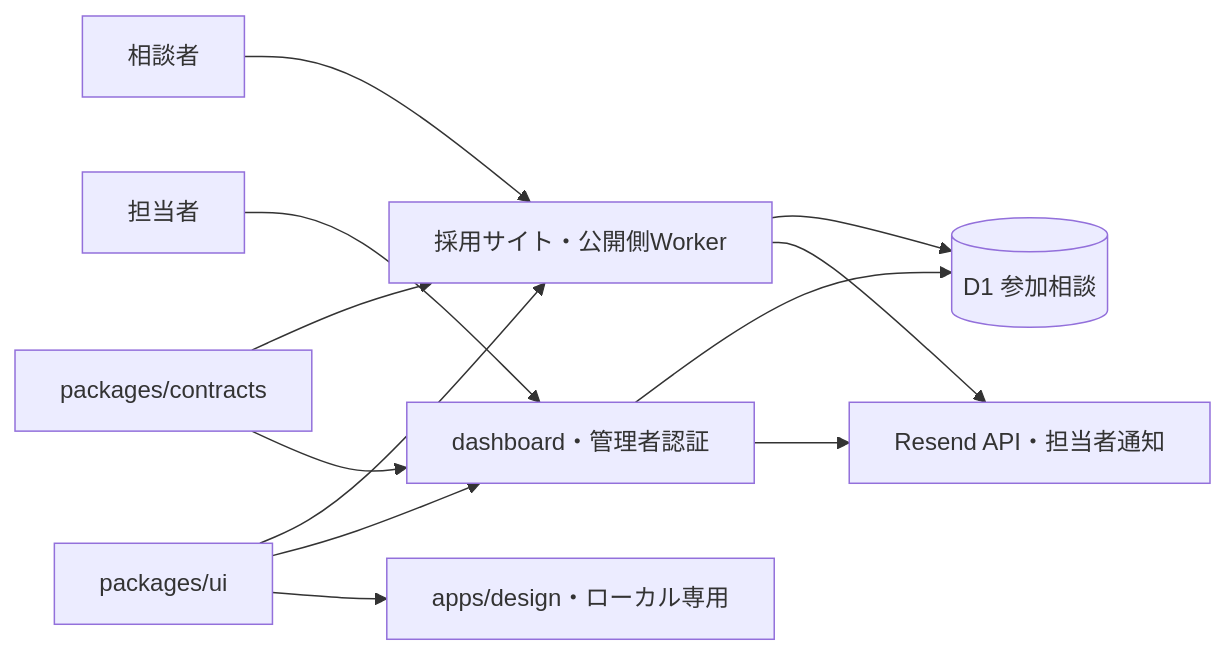
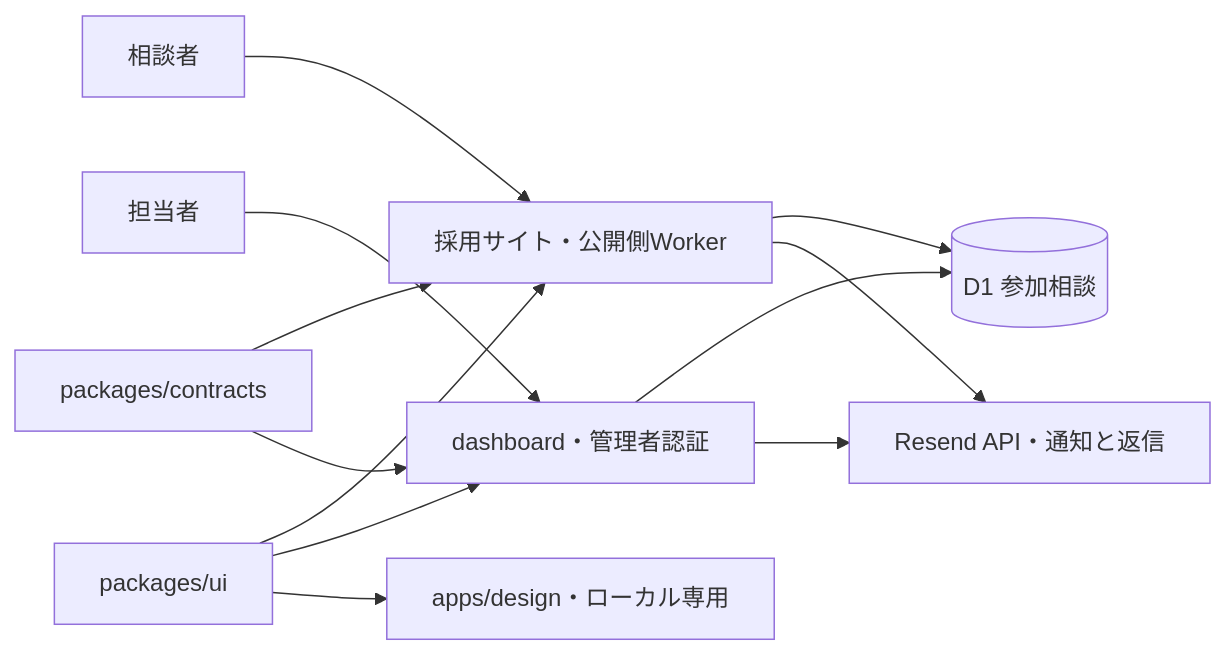
One commit to okinawakaigo/web changed the first of 2 diagrams in docs/architecture.md. Above: the diagram before and after it, drawn with Mermaid. The commit also changed other lines of this file and 18 other files, not shown here.

````diff
--- a/docs/architecture.md
+++ b/docs/architecture.md
@@ -11,14 +11,14 @@
 ```mermaid
 flowchart LR
   Visitor[相談者] --> Recruit[採用サイト・公開側Worker]
   Recruit --> D1[(D1 参加相談)]
-  Recruit --> Resend[Resend API・担当者通知]
+  Recruit --> Resend[Resend API・通知と返信]
   Staff[担当者] --> Admin[dashboard・管理者認証]
   Admin --> D1
   Admin --> Resend
   UI[packages/ui] --> Recruit
   UI --> Admin
   UI --> Design[apps/design・ローカル専用]
   Contract[packages/contracts] --> Recruit
   Contract --> Admin
 ```
````
